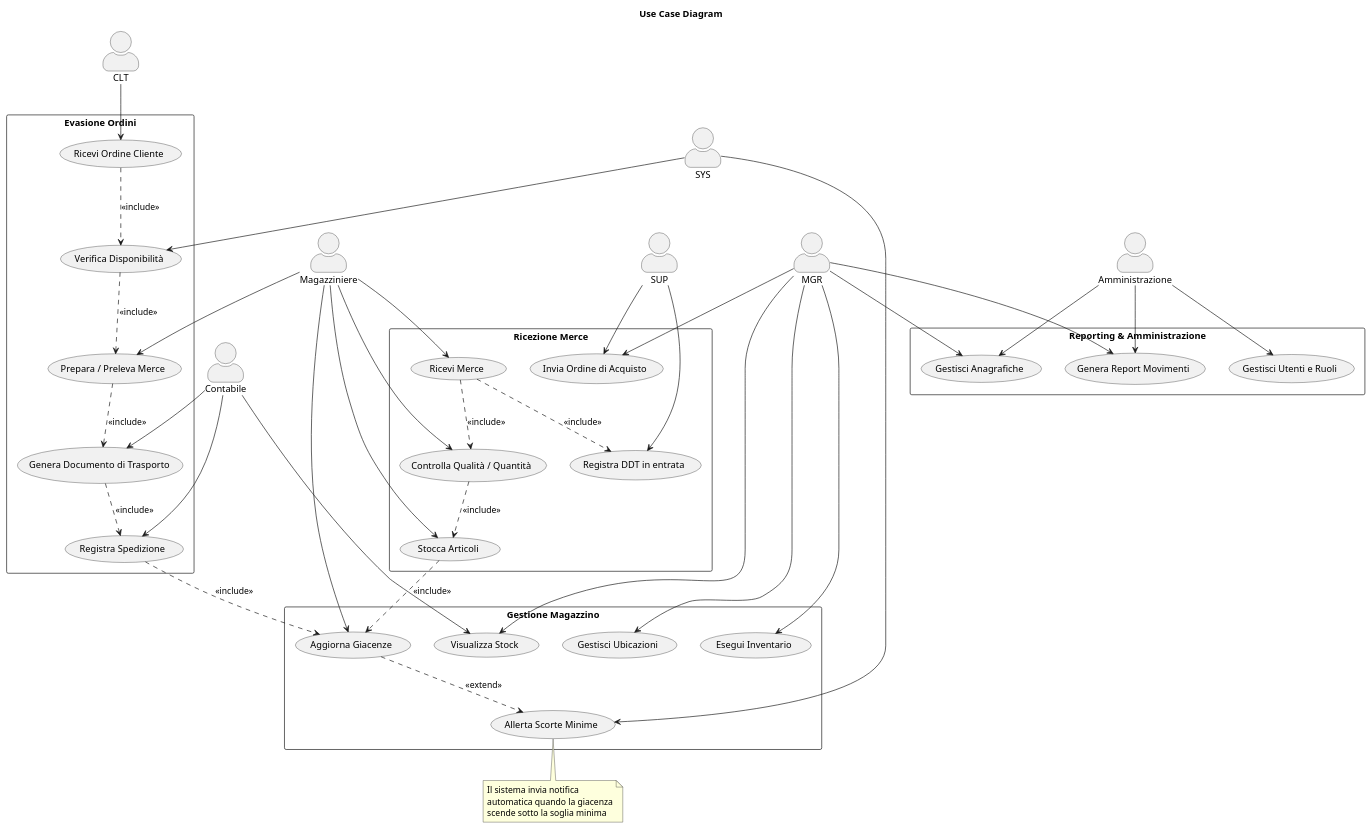
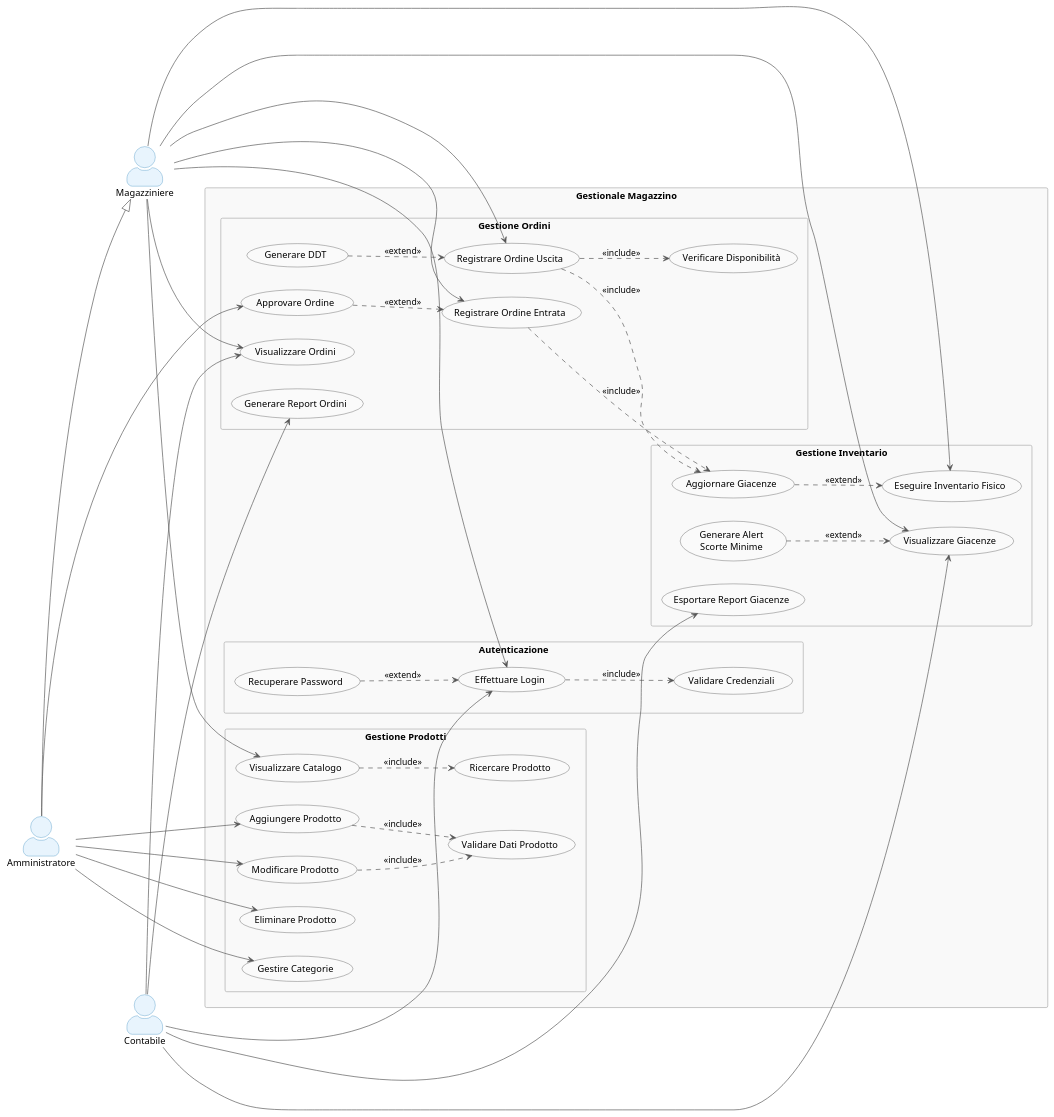
One commit to Dyved33/Appunti-secondo-anno-informatica changed the diagram in Ingegneria del software/Progetto/gestionale_magazzino.puml. Above: the diagram before and after it, drawn with PlantUML. The commit also changed other lines of this file and 7 other files, not shown here.

```diff
--- a/Ingegneria del software/Progetto/gestionale_magazzino.puml
+++ b/Ingegneria del software/Progetto/gestionale_magazzino.puml
@@ -3,95 +1,146 @@
-@startuml UseCaseDiagram
-title Use Case Diagram
+@startuml GestionaleMagazzino
 
+skinparam packageStyle rectangle
 skinparam actorStyle awesome
-skinparam packageStyle rectangle
-
-' ─── ATTORI ───────────────────────────────────────────────
-actor "Magazziniere" as MAG 
-actor "Contabile" as CONT
-actor "Amministrazione" as ADM  
-
-' ─── PACCHETTO: RICEZIONE MERCE ──────────────────────────
-package "Ricezione Merce" {
-  usecase "Invia Ordine di Acquisto"      as UC_OA
-  usecase "Ricevi Merce"                  as UC_RM
-  usecase "Controlla Qualità / Quantità"  as UC_CQ
-  usecase "Registra DDT in entrata"       as UC_DDT
-  usecase "Stocca Articoli"               as UC_ST
+skinparam usecase {
+  BackgroundColor #FAFAFA
+  BorderColor #333333
+  ArrowColor #555555
+}
+skinparam actor {
+  BackgroundColor #E8F4FD
+  BorderColor #2980B9
+}
+skinparam package {
+  BackgroundColor #F9F9F9
+  BorderColor #AAAAAA
 }
 
-' ─── PACCHETTO: GESTIONE MAGAZZINO ───────────────────────
-package "Gestione Magazzino" {
-  usecase "Visualizza Stock"              as UC_VS
-  usecase "Aggiorna Giacenze"             as UC_AG
-  usecase "Gestisci Ubicazioni"           as UC_UB
-  usecase "Allerta Scorte Minime"         as UC_AL
-  usecase "Esegui Inventario"             as UC_INV
+left to right direction
+
+' ───────────────────────────
+'  ATTORI
+' ───────────────────────────
+actor "Magazziniere"    as Mag
+actor "Contabile"       as Cont
+actor "Amministratore"  as Admin
+
+' L'Amministratore eredita tutte le capacità del Magazziniere
+Admin --|> Mag
+
+' ───────────────────────────
+'  SISTEMA
+' ───────────────────────────
+rectangle "Gestionale Magazzino" {
+
+  ' ── AUTENTICAZIONE ──────────────────────────────
+  package "Autenticazione" {
+    usecase "Effettuare Login"           as UC_Login
+    usecase "Validare Credenziali"       as UC_ValCred
+    usecase "Recuperare Password"        as UC_RecPwd
+  }
+
+  ' ── GESTIONE PRODOTTI ───────────────────────────
+  package "Gestione Prodotti" {
+    usecase "Visualizzare Catalogo"      as UC_VisCat
+    usecase "Ricercare Prodotto"         as UC_Search
+    usecase "Aggiungere Prodotto"        as UC_AddProd
+    usecase "Modificare Prodotto"        as UC_ModProd
+    usecase "Eliminare Prodotto"         as UC_DelProd
+    usecase "Validare Dati Prodotto"     as UC_ValProd
+    usecase "Gestire Categorie"          as UC_Cat
+  }
+
+  ' ── GESTIONE INVENTARIO ─────────────────────────
+  package "Gestione Inventario" {
+    usecase "Visualizzare Giacenze"      as UC_VisGiac
+    usecase "Aggiornare Giacenze"        as UC_AggGiac
+    usecase "Eseguire Inventario Fisico" as UC_InvFis
+    usecase "Generare Alert\nScorte Minime" as UC_Alert
+    usecase "Esportare Report Giacenze"  as UC_RepGiac
+  }
+
+  ' ── GESTIONE ORDINI ─────────────────────────────
+  package "Gestione Ordini" {
+    usecase "Registrare Ordine Entrata"  as UC_OrdIn
+    usecase "Registrare Ordine Uscita"   as UC_OrdOut
+    usecase "Visualizzare Ordini"        as UC_VisOrd
+    usecase "Verificare Disponibilità"   as UC_VerDisp
+    usecase "Generare DDT"               as UC_DDT
+    usecase "Approvare Ordine"           as UC_AppOrd
+    usecase "Generare Report Ordini"     as UC_RepOrd
+  }
+
+  ' ───────────────────────────────────────────────
+  '  ASSOCIAZIONI ATTORE → CASO D'USO
+  ' ───────────────────────────────────────────────
+
+  ' Tutti effettuano il login
+  Mag   --> UC_Login
+  Cont  --> UC_Login
+  ' Admin eredita da Mag, quindi eredita anche UC_Login
+
+  ' Magazziniere
+  Mag --> UC_VisCat
+  Mag --> UC_OrdIn
+  Mag --> UC_OrdOut
+  Mag --> UC_VisGiac
+  Mag --> UC_InvFis
+  Mag --> UC_VisOrd
+
+  ' Contabile
+  Cont --> UC_VisOrd
+  Cont --> UC_VisGiac
+  Cont --> UC_RepOrd
+  Cont --> UC_RepGiac
+
+  ' Amministratore (in aggiunta a Magazziniere)
+  Admin --> UC_AddProd
+  Admin --> UC_ModProd
+  Admin --> UC_DelProd
+  Admin --> UC_Cat
+  Admin --> UC_AppOrd
+
+  ' ───────────────────────────────────────────────
+  '  RELAZIONI <<include>>
+  ' ───────────────────────────────────────────────
+
+  ' Il login include sempre la validazione delle credenziali
+  UC_Login    ..> UC_ValCred   : <<include>>
+
+  ' La visualizzazione del catalogo include sempre la ricerca
+  UC_VisCat   ..> UC_Search    : <<include>>
+
+  ' Aggiungere o modificare un prodotto richiede sempre la validazione dei dati
+  UC_AddProd  ..> UC_ValProd   : <<include>>
+  UC_ModProd  ..> UC_ValProd   : <<include>>
+
+  ' Un ordine di uscita verifica SEMPRE la disponibilità prima di procedere
+  UC_OrdOut   ..> UC_VerDisp   : <<include>>
+
+  ' Qualsiasi movimento (entrata o uscita) aggiorna sempre le giacenze
+  UC_OrdIn    ..> UC_AggGiac   : <<include>>
+  UC_OrdOut   ..> UC_AggGiac   : <<include>>
+
+  ' ───────────────────────────────────────────────
+  '  RELAZIONI <<extend>>
+  ' ───────────────────────────────────────────────
+
+  ' Dopo il login, l'utente PUÒ recuperare la password (se l'ha dimenticata)
+  UC_RecPwd   ..> UC_Login     : <<extend>>
+
+  ' Alla visualizzazione giacenze, l'alert scatta SOLO se una soglia minima è violata
+  UC_Alert    ..> UC_VisGiac   : <<extend>>
+
+  ' Al termine di un ordine uscita, si PUÒ generare il DDT (non sempre richiesto)
+  UC_DDT      ..> UC_OrdOut    : <<extend>>
+
+  ' Un ordine di entrata PUÒ richiedere approvazione (es. sopra una certa cifra)
+  UC_AppOrd   ..> UC_OrdIn     : <<extend>>
+
+  ' Dall'inventario fisico si PUÒ aggiornare le giacenze se ci sono discrepanze
+  UC_AggGiac  ..> UC_InvFis    : <<extend>>
+
 }
 
-' ─── PACCHETTO: EVASIONE ORDINI ──────────────────────────
-package "Evasione Ordini" {
-  usecase "Ricevi Ordine Cliente"         as UC_OC
-  usecase "Verifica Disponibilità"        as UC_VD
-  usecase "Prepara / Preleva Merce"       as UC_PP
-  usecase "Genera Documento di Trasporto" as UC_GDT
-  usecase "Registra Spedizione"           as UC_RS
-}
-
-' ─── PACCHETTO: REPORTING ─────────────────────────────────
-package "Reporting & Amministrazione" {
-  usecase "Genera Report Movimenti"       as UC_REP
-  usecase "Gestisci Anagrafiche"          as UC_ANA
-  usecase "Gestisci Utenti e Ruoli"       as UC_USR
-}
-
-' ─── RELAZIONI ATTORI ─────────────────────────────────────
-SUP  --> UC_OA
-SUP  --> UC_DDT
-
-MAG  --> UC_RM
-MAG  --> UC_CQ
-MAG  --> UC_ST
-MAG  --> UC_AG
-MAG  --> UC_PP
-CONT --> UC_GDT
-CONT --> UC_RS
-CONT --> UC_VS
-
-MGR  --> UC_OA
-MGR  --> UC_INV
-MGR  --> UC_VS
-MGR  --> UC_UB
-MGR  --> UC_REP
-MGR  --> UC_ANA
-
-CLT  --> UC_OC
-
-SYS  --> UC_AL
-SYS  --> UC_VD
-
-ADM  --> UC_USR
-ADM  --> UC_ANA
-ADM  --> UC_REP
-
-' ─── RELAZIONI TRA CASI D'USO ────────────────────────────
-UC_RM   ..> UC_CQ    : <<include>>
-UC_RM   ..> UC_DDT   : <<include>>
-UC_CQ   ..> UC_ST    : <<include>>
-UC_ST   ..> UC_AG    : <<include>>
-
-UC_OC   ..> UC_VD    : <<include>>
-UC_VD   ..> UC_PP    : <<include>>
-UC_PP   ..> UC_GDT   : <<include>>
-UC_GDT  ..> UC_RS    : <<include>>
-UC_RS   ..> UC_AG    : <<include>>
-
-UC_AG   ..> UC_AL    : <<extend>>
-
-note bottom of UC_AL
-  Il sistema invia notifica
-  automatica quando la giacenza
-  scende sotto la soglia minima
-end note
-
 @enduml
```
